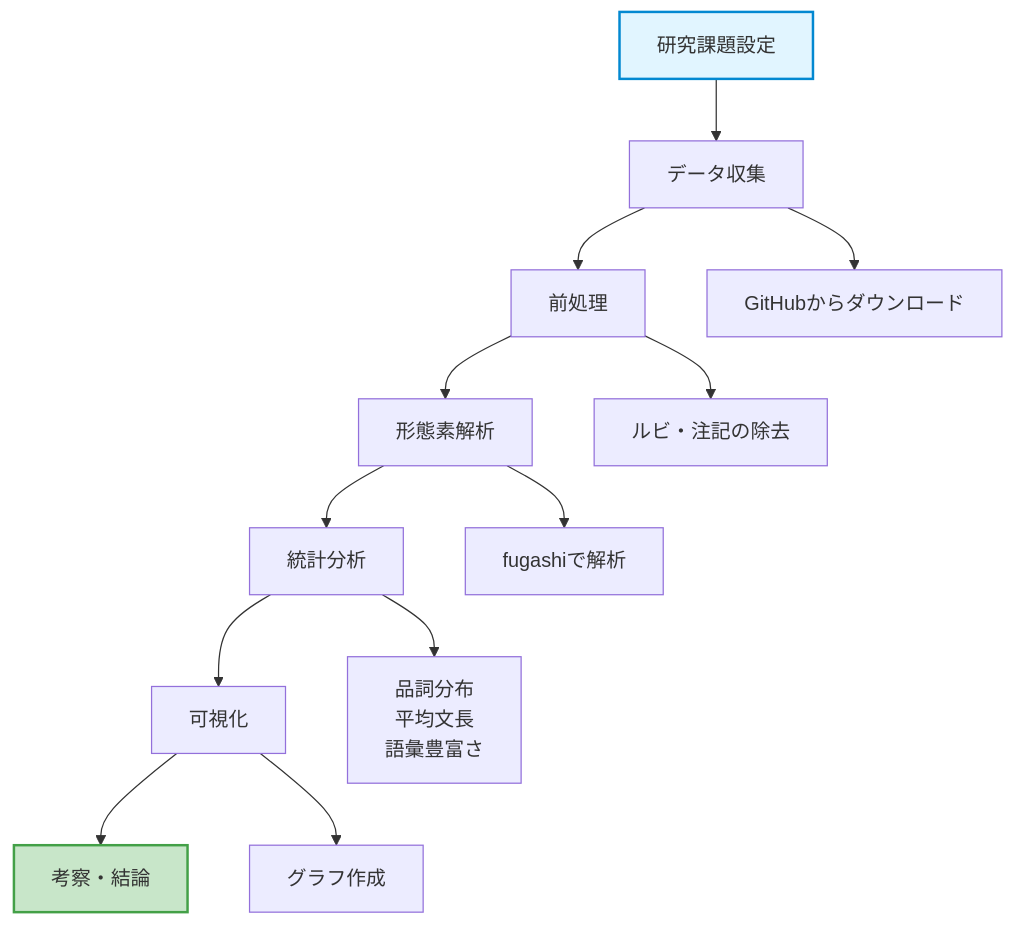
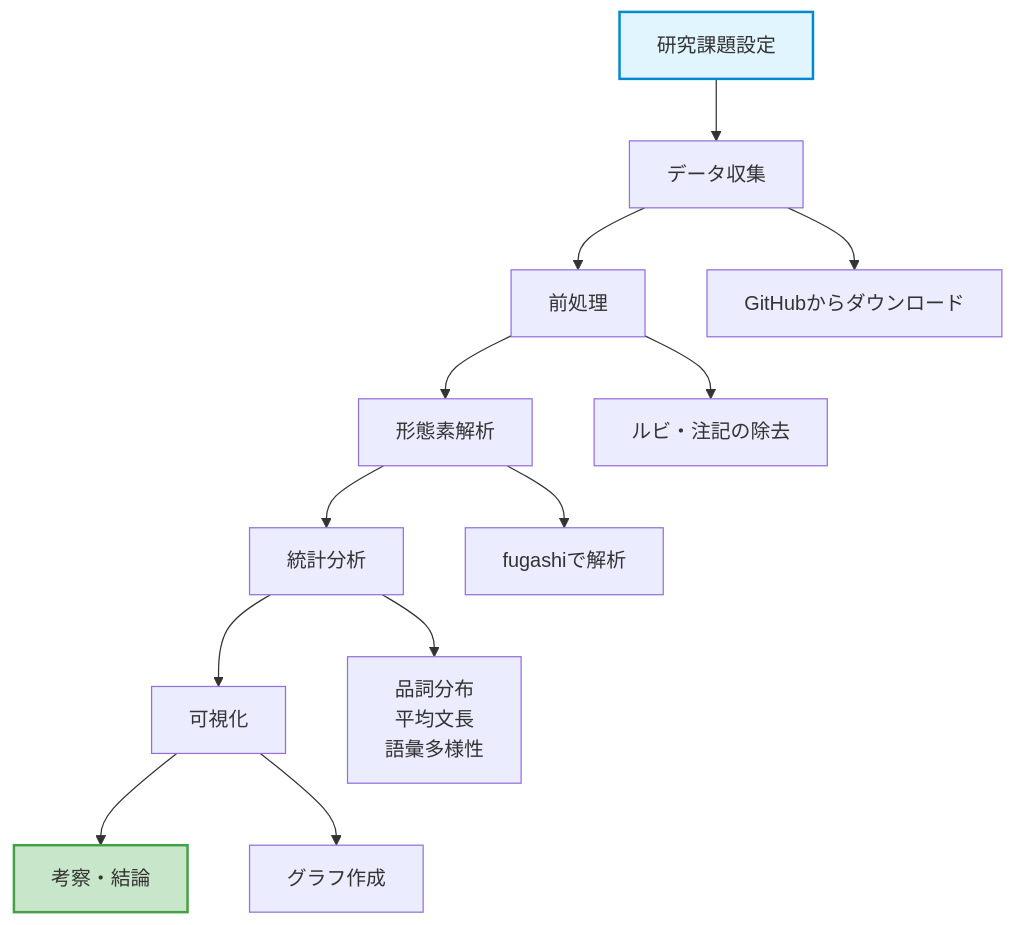
The second of 5 diagrams in docs/01-special-lecture-on-linguistics/10b-colab-advanced.md (kr-jp/kr-jp.github.io), drawn with Mermaid before and after one commit. The commit also changed other lines of this file and 11 other files, not shown here.

````diff
--- a/docs/01-special-lecture-on-linguistics/10b-colab-advanced.md
+++ b/docs/01-special-lecture-on-linguistics/10b-colab-advanced.md
@@ -967,18 +966,18 @@
 ```mermaid
 graph TD
     A[研究課題設定] --> B[データ収集]
     B --> C[前処理]
     C --> D[形態素解析]
     D --> E[統計分析]
     E --> F[可視化]
     F --> G[考察・結論]
     
     B --> B1[GitHubからダウンロード]
     C --> C1[ルビ・注記の除去]
     D --> D1[fugashiで解析]
-    E --> E1[品詞分布<br/>平均文長<br/>語彙豊富さ]
+    E --> E1[品詞分布<br/>平均文長<br/>語彙多様性]
     F --> F1[グラフ作成]
     
     style A fill:#e1f5ff,stroke:#0288d1,stroke-width:2px
     style G fill:#c8e6c9,stroke:#43a047,stroke-width:2px
 ```
````
